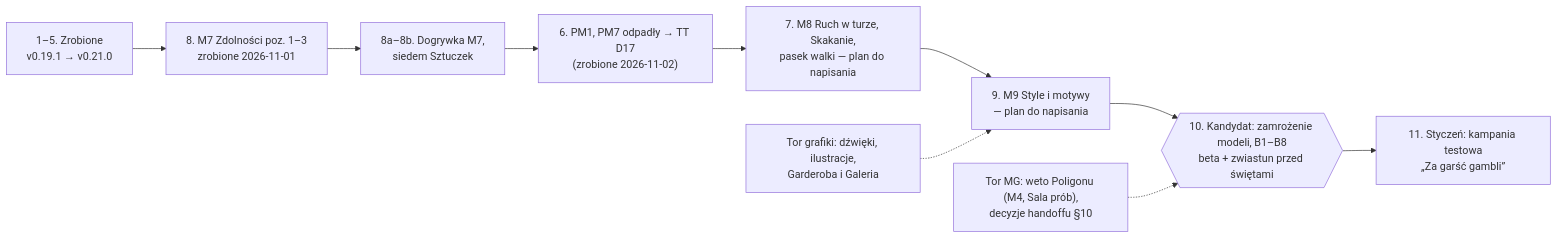
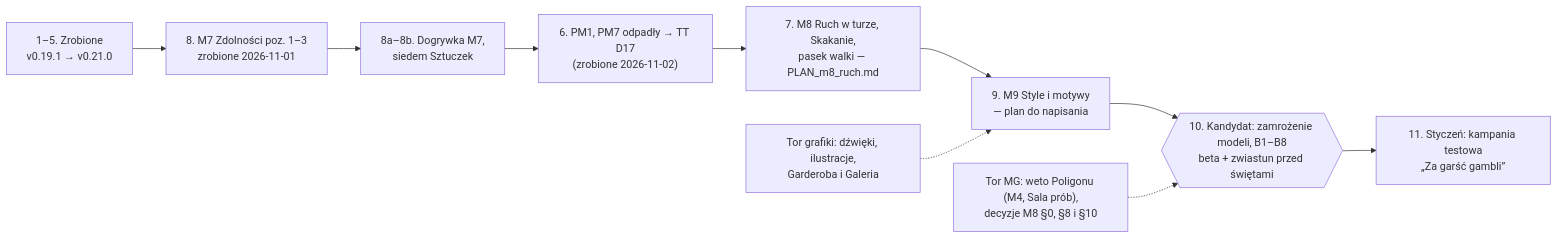
One commit to jjanisze/FVTT-NOE changed the first of 2 diagrams in PLAN_beta.md. Above: the diagram before and after it, drawn with Mermaid. The commit also changed other lines of this file and 45 other files, not shown here.

````diff
--- a/PLAN_beta.md
+++ b/PLAN_beta.md
@@ -52,12 +53,12 @@
 ```mermaid
 flowchart LR
   DONE["1–5. Zrobione<br/>v0.19.1 → v0.21.0"] --> M7["8. M7 Zdolności poz. 1–3<br/>zrobione 2026-11-01"]
   M7 --> M7B["8a–8b. Dogrywka M7,<br/>siedem Sztuczek"]
   M7B --> PM["6. PM1, PM7 odpadły → TT D17<br/>(zrobione 2026-11-02)"]
-  PM --> RU["7. M8 Ruch w turze, Skakanie,<br/>pasek walki — plan do napisania"]
+  PM --> RU["7. M8 Ruch w turze, Skakanie,<br/>pasek walki — PLAN_m8_ruch.md"]
   RU --> ST["9. M9 Style i motywy<br/>— plan do napisania"]
   ST --> RC{{"10. Kandydat: zamrożenie modeli, B1–B8<br/>beta + zwiastun przed świętami"}}
   RC --> GG["11. Styczeń: kampania testowa<br/>„Za garść gambli”"]
-  MG["Tor MG: weto Poligonu (M4, Sala prób),<br/>decyzje handoffu §10"] -.-> RC
+  MG["Tor MG: weto Poligonu (M4, Sala prób),<br/>decyzje M8 §0, §8 i §10"] -.-> RC
   ART["Tor grafiki: dźwięki, ilustracje,<br/>Garderoba i Galeria"] -.-> ST
 ```
````
